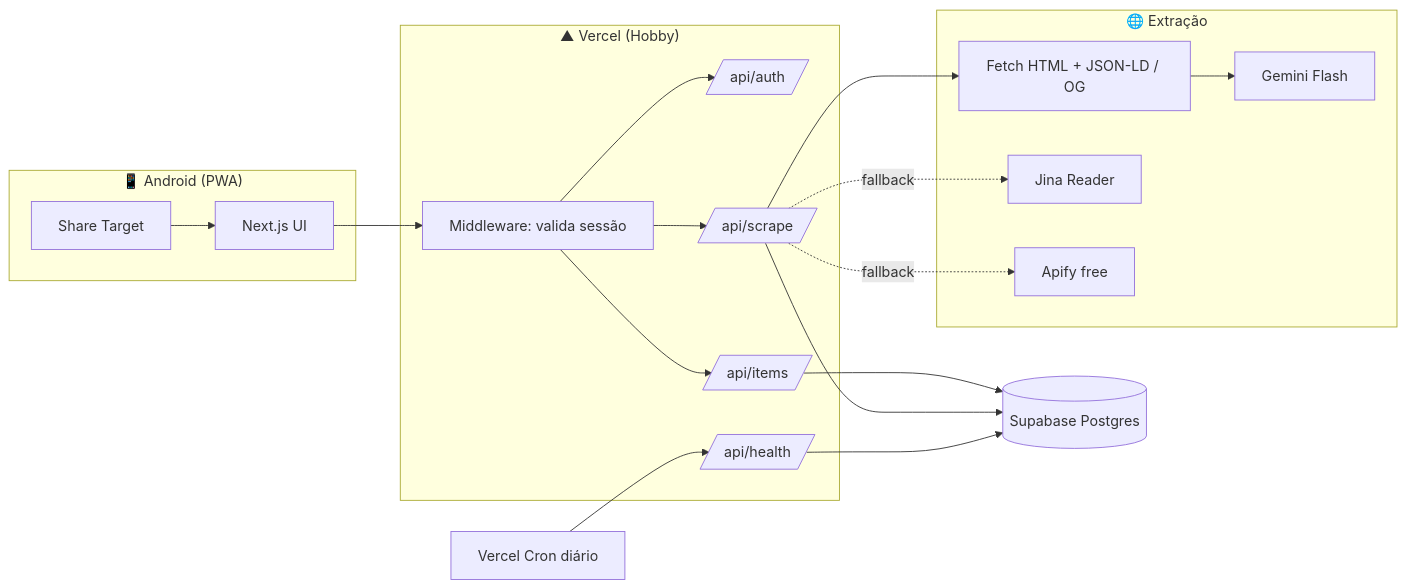
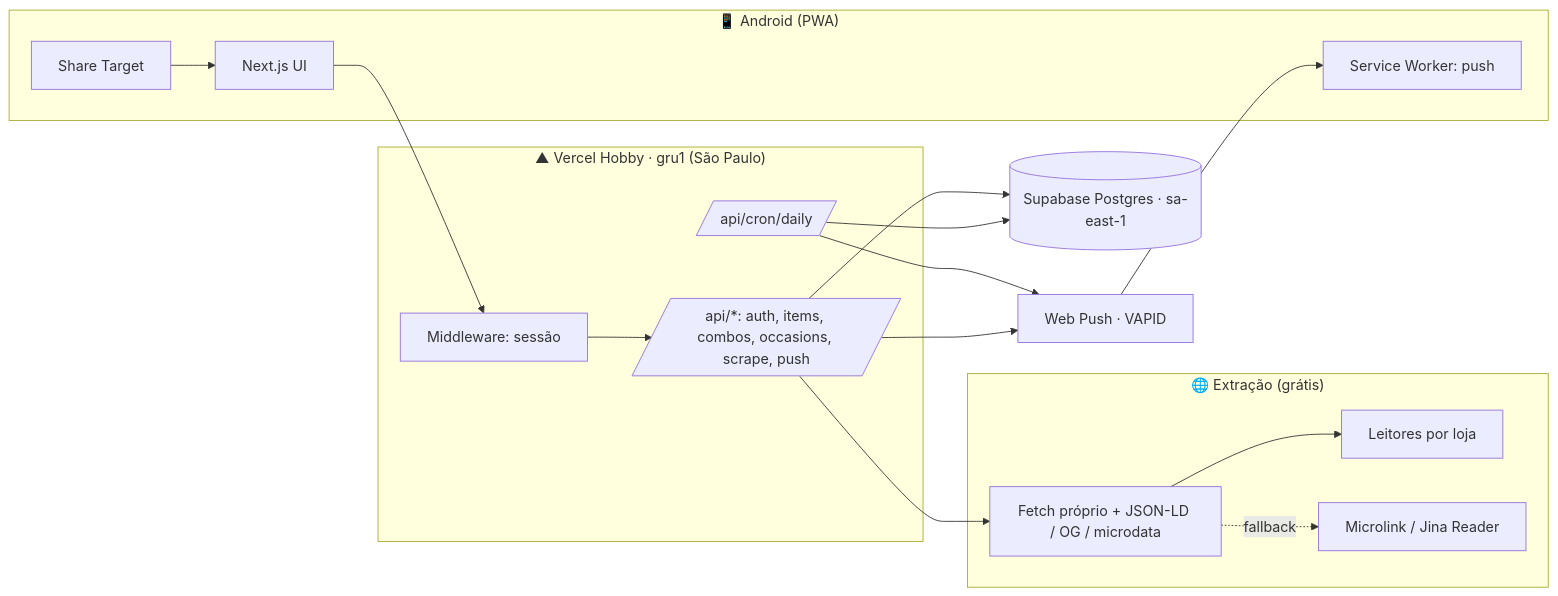
Before and after one commit to LauraPontara/love-wishlist: the first of 3 diagrams in docs/arquitetura.md, drawn with Mermaid. The commit also changed other lines of this file and 8 other files, not shown here.

First line of the commit message:
docs+db: requisitos fechados, combos de presente e schema inicial

````diff
--- a/docs/arquitetura.md
+++ b/docs/arquitetura.md
@@ -5,33 +5,31 @@
 ```mermaid
 flowchart LR
   subgraph Celular["📱 Android (PWA)"]
     UI[Next.js UI]
     Share[Share Target]
+    SW[Service Worker: push]
   end
 
-  subgraph Vercel["▲ Vercel (Hobby)"]
-    MW[Middleware: valida sessão]
-    Auth[/api/auth/]
-    Items[/api/items/]
-    Scrape[/api/scrape/]
-    Health[/api/health/]
+  subgraph Vercel["▲ Vercel Hobby · gru1 (São Paulo)"]
+    MW[Middleware: sessão]
+    API[/api/*: auth, items, combos, occasions, scrape, push/]
+    Cron[/api/cron/daily/]
   end
 
-  subgraph Fontes["🌐 Extração"]
-    HTML[Fetch HTML + JSON-LD / OG]
-    Jina[Jina Reader]
-    Apify[Apify free]
-    Gemini[Gemini Flash]
+  subgraph Extracao["🌐 Extração (grátis)"]
+    Fetch[Fetch próprio + JSON-LD / OG / microdata]
+    Adapters[Leitores por loja]
+    ML[Microlink / Jina Reader]
   end
 
-  DB[(Supabase Postgres)]
-  Cron[Vercel Cron diário]
+  DB[(Supabase Postgres · sa-east-1)]
+  Push[Web Push · VAPID]
 
-  Share --> UI --> MW
-  MW --> Auth & Items & Scrape
-  Items --> DB
-  Scrape --> HTML --> Gemini
-  Scrape -. fallback .-> Jina & Apify
-  Scrape --> DB
-  Cron --> Health --> DB
+  Share --> UI --> MW --> API
+  API --> DB
+  API --> Fetch --> Adapters
+  Fetch -. fallback .-> ML
+  Cron --> DB
+  Cron --> Push --> SW
+  API --> Push
 ```
````
